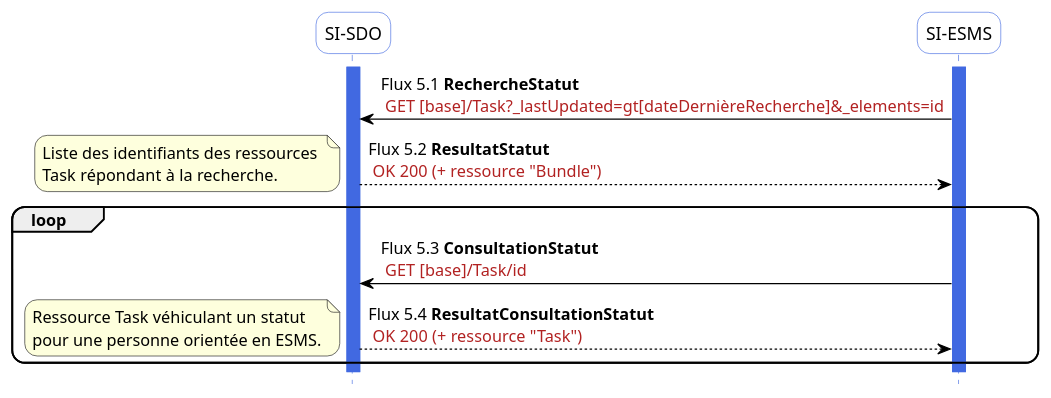
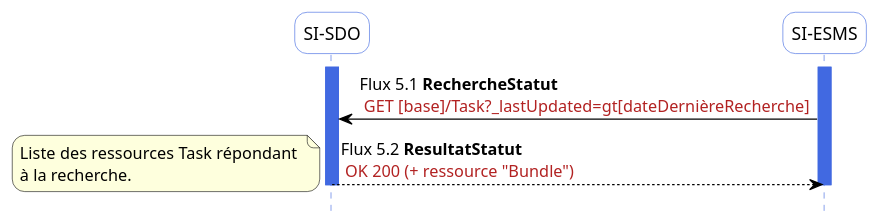
One commit to ansforge/IG-fhir-medicosocial-suivi-decisions-orientation changed the diagram in input/images-source/flux5.plantuml. Above: the diagram before and after it, drawn with PlantUML. The commit also changed 3 other files, not shown here.

```diff
--- a/input/images-source/flux5.plantuml
+++ b/input/images-source/flux5.plantuml
@@ -1,45 +1,36 @@
 @startuml flux5
 hide footbox
 
 skinparam sequence {
  arrowColor black
  ParticipantBorderColor RoyalBlue
  ParticipantBackgroundColor white
  LifeLineBorderColor RoyalBlue
  LifeLineBackgroundColor RoyalBlue
  ParticipantFontSize 14
  ParticipantFontName arial
  ParticipantPadding 20
 }
 skinparam  roundcorner 20
 
 
 participant "SI-SDO" as SDO
 participant "SI-ESMS" as ESMS
 activate SDO
 activate ESMS
 
 
-ESMS-[#black]> SDO : Flux 5.1 **RechercheStatut** \n <color #FireBrick>GET [base]/Task?_lastUpdated=gt[dateDernièreRecherche]&_elements=id</color>
+ESMS-[#black]> SDO : Flux 5.1 **RechercheStatut** \n <color #FireBrick>GET [base]/Task?_lastUpdated=gt[dateDernièreRecherche]</color>
 SDO-[#black]-> ESMS: Flux 5.2 **ResultatStatut** \n <color #FireBrick>OK 200 (+ ressource "Bundle")</color>
 
 note left
-Liste des identifiants des ressources 
-Task répondant à la recherche.
+Liste des ressources Task répondant 
+à la recherche.
 end note
-
-loop 
-ESMS-[#black]> SDO : Flux 5.3 **ConsultationStatut** \n <color #FireBrick>GET [base]/Task/id</color>
-SDO-[#black]-> ESMS: Flux 5.4 **ResultatConsultationStatut** \n <color #FireBrick>OK 200 (+ ressource "Task")</color>
-note left
-Ressource Task véhiculant un statut
-pour une personne orientée en ESMS.
-end note
-end loop
 
 
 
 
 deactivate SDO
 deactivate ESMS
 @enduml
```
